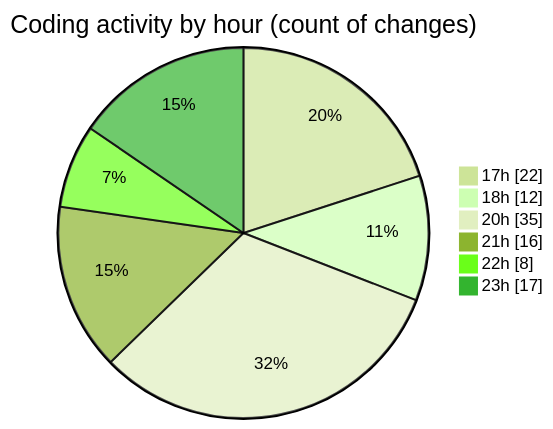
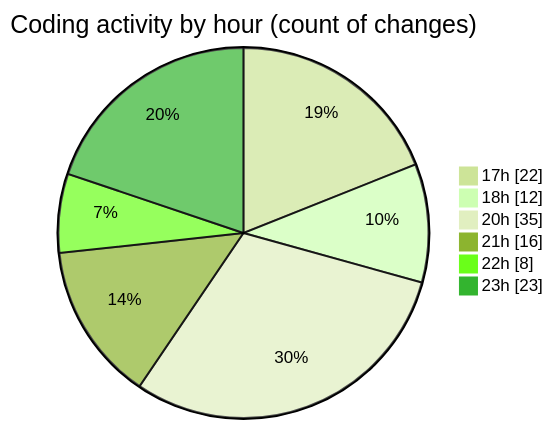
The second of 2 diagrams in 2025-10-30/skintrack/README.md (Netris89/code-tracking), drawn with Mermaid (forest theme) before and after one commit. The commit also changed other lines of this file and 1 other file, not shown here.

````diff
--- a/2025-10-30/skintrack/README.md
+++ b/2025-10-30/skintrack/README.md
@@ -38,10 +38,10 @@
 ```mermaid
 pie showData
 title Coding activity by hour (count of changes)
 "17h" : 22
 "18h" : 12
 "20h" : 35
 "21h" : 16
 "22h" : 8
-"23h" : 17
+"23h" : 23
 ```
````
